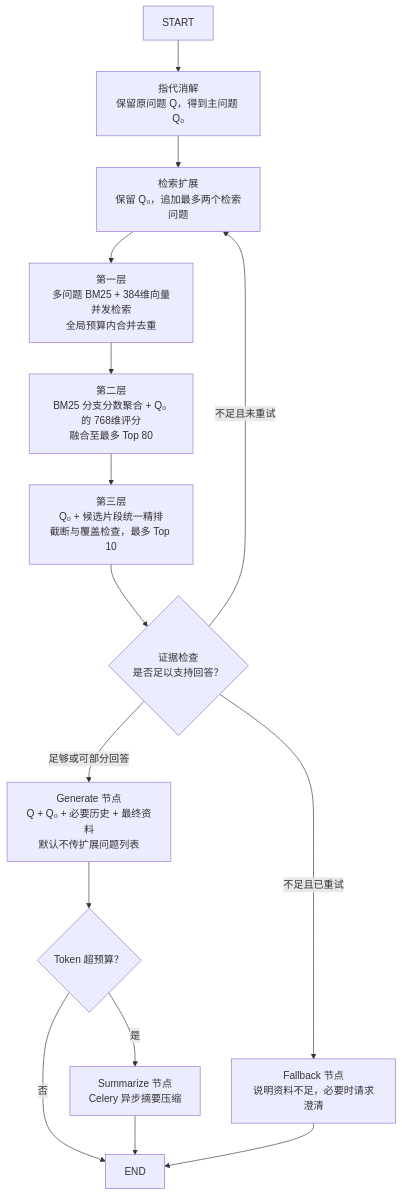
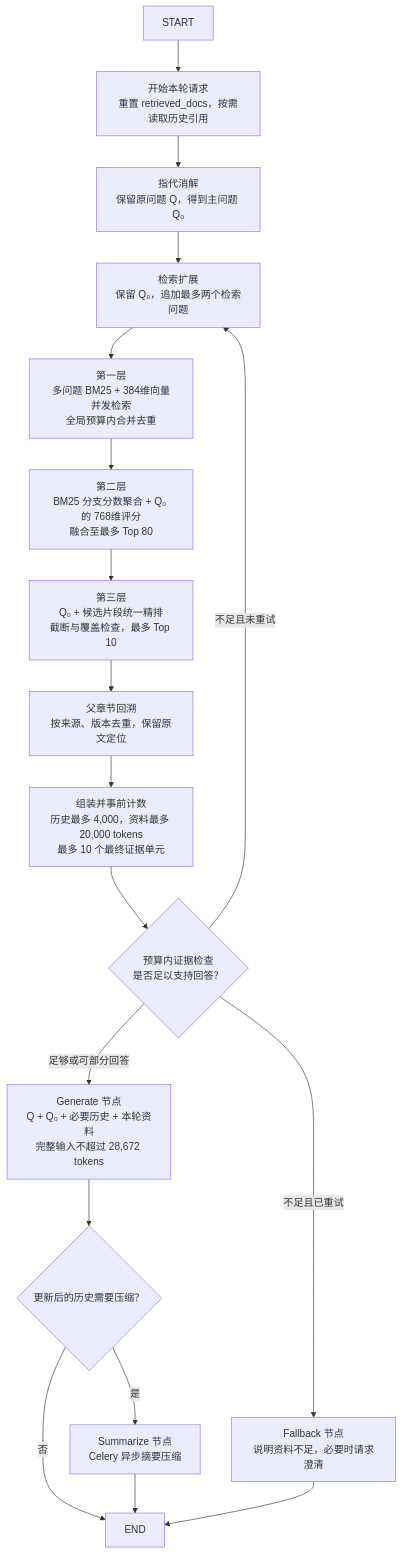
One commit to edwin98/Obsidian-Notes changed the diagram in 02_RAG系统/05_答案生成与上下文管理.md. Above: the diagram before and after it, drawn with Mermaid. The commit also changed other lines of this file and 12 other files, not shown here.

````diff
--- a/02_RAG系统/05_答案生成与上下文管理.md
+++ b/02_RAG系统/05_答案生成与上下文管理.md
@@ -42,17 +61,20 @@
 ```mermaid
 graph TD
-    START --> Resolve["指代消解<br/>保留原问题 Q，得到主问题 Q₀"]
+    START --> Reset["开始本轮请求<br/>重置 retrieved_docs，按需读取历史引用"]
+    Reset --> Resolve["指代消解<br/>保留原问题 Q，得到主问题 Q₀"]
     Resolve --> Expand["检索扩展<br/>保留 Q₀，追加最多两个检索问题"]
     Expand --> Retrieve["第一层<br/>多问题 BM25 + 384维向量并发检索<br/>全局预算内合并去重"]
     Retrieve --> Refine["第二层<br/>BM25 分支分数聚合 + Q₀ 的 768维评分<br/>融合至最多 Top 80"]
     Refine --> Rerank["第三层<br/>Q₀ + 候选片段统一精排<br/>截断与覆盖检查，最多 Top 10"]
-    Rerank --> ScoreCheck{"证据检查<br/>是否足以支持回答？"}
-    ScoreCheck -->|"足够或可部分回答"| Generate["Generate 节点<br/>Q + Q₀ + 必要历史 + 最终资料<br/>默认不传扩展问题列表"]
+    Rerank --> Parent["父章节回溯<br/>按来源、版本去重，保留原文定位"]
+    Parent --> Pack["组装并事前计数<br/>历史最多 4,000，资料最多 20,000 tokens<br/>最多 10 个最终证据单元"]
+    Pack --> ScoreCheck{"预算内证据检查<br/>是否足以支持回答？"}
+    ScoreCheck -->|"足够或可部分回答"| Generate["Generate 节点<br/>Q + Q₀ + 必要历史 + 本轮资料<br/>完整输入不超过 28,672 tokens"]
     ScoreCheck -->|"不足且未重试"| Expand
     ScoreCheck -->|"不足且已重试"| Fallback["Fallback 节点<br/>说明资料不足，必要时请求澄清"]
-    Generate --> SummaryCheck{"Token 超预算？"}
+    Generate --> SummaryCheck{"更新后的历史需要压缩？"}
     SummaryCheck -->|"否"| END
     SummaryCheck -->|"是"| Summarize["Summarize 节点<br/>Celery 异步摘要压缩"]
     Summarize --> END
     Fallback --> END
 ```
````
